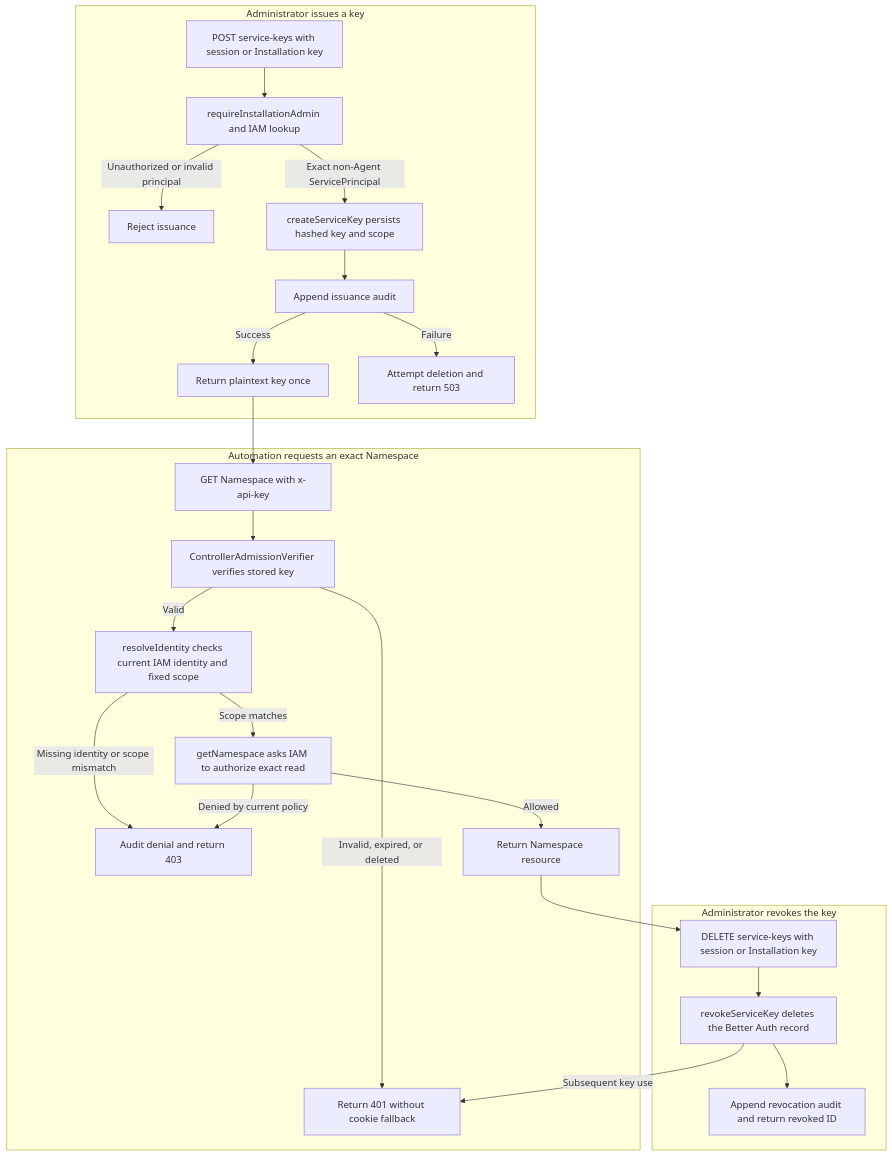
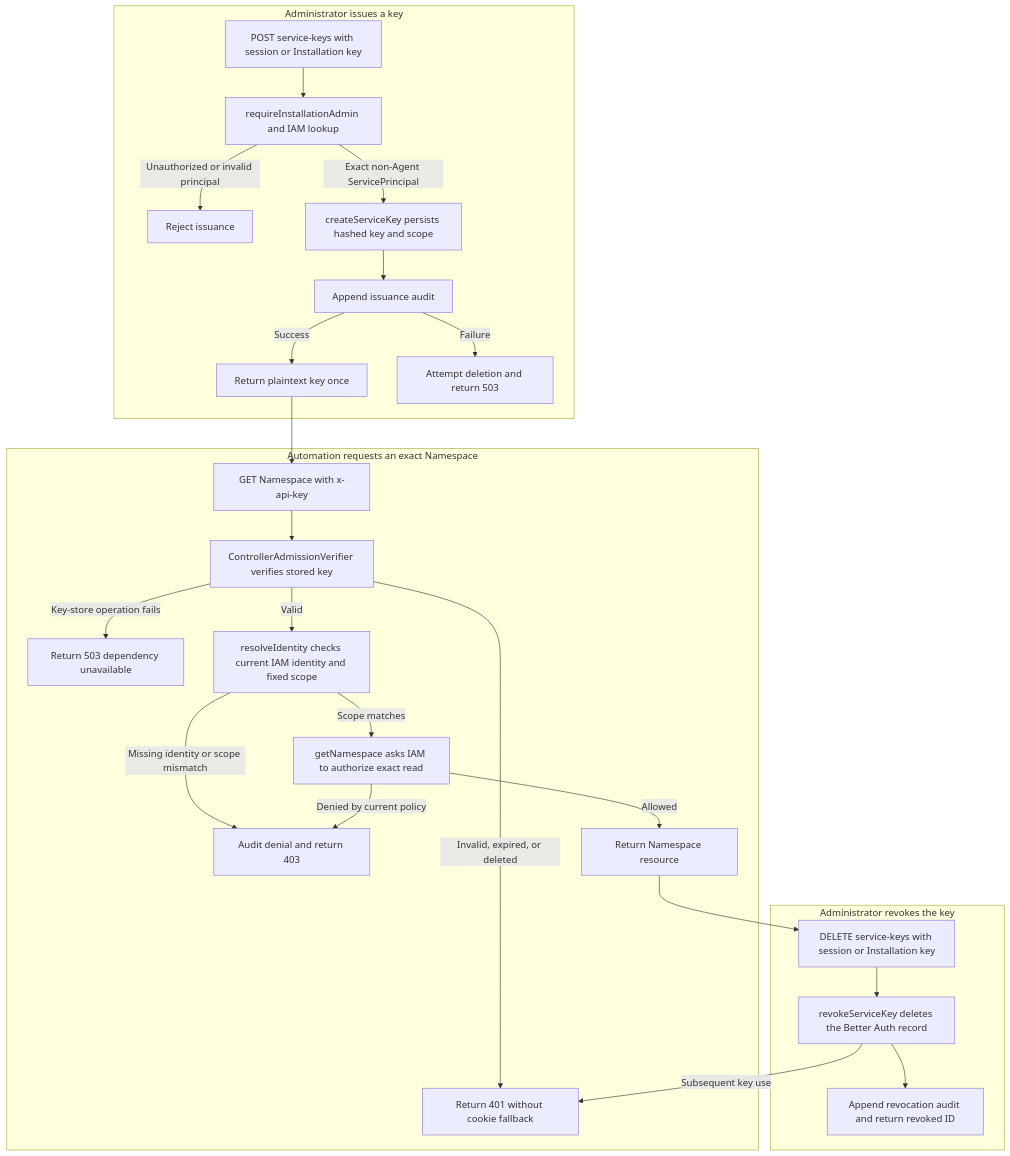
Before and after one commit to openclaw/openclaw-enterprise: the diagram in docs/flows/service-api-keys.md, drawn with Mermaid. The commit also changed other lines of this file and 4 other files, not shown here.

````diff
--- a/docs/flows/service-api-keys.md
+++ b/docs/flows/service-api-keys.md
@@ -62,27 +62,28 @@
 ```mermaid
 graph TD
   subgraph Issue["Administrator issues a key"]
     A["POST service-keys with session or Installation key"] --> B["requireInstallationAdmin and IAM lookup"]
     B -->|Unauthorized or invalid principal| C["Reject issuance"]
     B -->|Exact non-Agent ServicePrincipal| D["createServiceKey persists hashed key and scope"]
     D --> E["Append issuance audit"]
     E -->|Success| F["Return plaintext key once"]
     E -->|Failure| G["Attempt deletion and return 503"]
   end
   subgraph Request["Automation requests an exact Namespace"]
     F --> H["GET Namespace with x-api-key"]
     H --> I["ControllerAdmissionVerifier verifies stored key"]
     I -->|Invalid, expired, or deleted| J["Return 401 without cookie fallback"]
+    I -->|Key-store operation fails| R["Return 503 dependency unavailable"]
     I -->|Valid| K["resolveIdentity checks current IAM identity and fixed scope"]
     K -->|Scope matches| L["getNamespace asks IAM to authorize exact read"]
     K -->|Missing identity or scope mismatch| M["Audit denial and return 403"]
     L -->|Denied by current policy| M
     L -->|Allowed| N["Return Namespace resource"]
   end
   subgraph Revoke["Administrator revokes the key"]
     N --> O["DELETE service-keys with session or Installation key"]
     O --> P["revokeServiceKey deletes the Better Auth record"]
     P --> Q["Append revocation audit and return revoked ID"]
     P -->|Subsequent key use| J
   end
 ```
````
